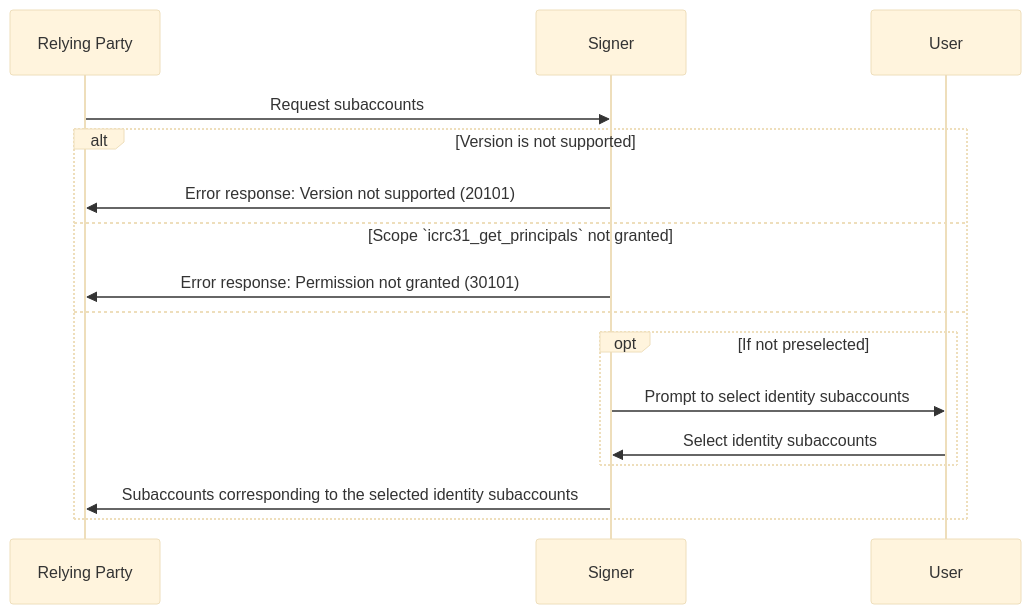
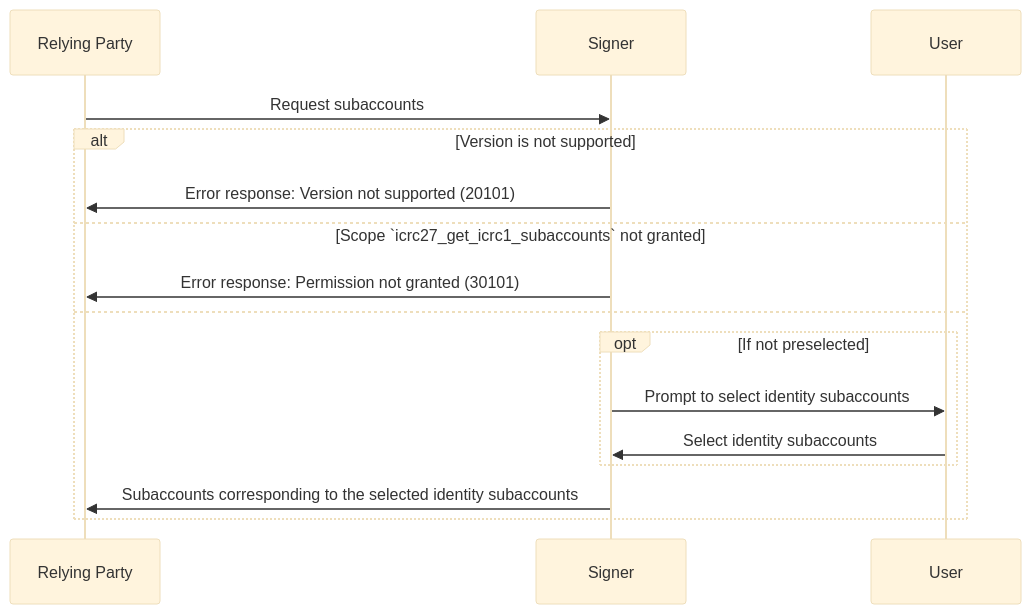
One commit to dfinity/wg-identity-authentication changed the diagram in topics/icrc_27_get_icrc_1_subaccounts.md. Above: the diagram before and after it, drawn with Mermaid (base theme). The commit also changed other lines of this file, not shown here.

````diff
--- a/topics/icrc_27_get_icrc_1_subaccounts.md
+++ b/topics/icrc_27_get_icrc_1_subaccounts.md
@@ -166,18 +165,18 @@
 ```mermaid
 sequenceDiagram
     participant RP as Relying Party
     participant S as Signer
     participant U as User
     RP ->> S: Request subaccounts
     alt Version is not supported
         S ->> RP: Error response: Version not supported (20101)
-    else Scope `icrc31_get_principals` not granted
+    else Scope `icrc27_get_icrc1_subaccounts` not granted
         S ->> RP: Error response: Permission not granted (30101)
     else
         opt If not preselected
             S ->> U: Prompt to select identity subaccounts
             U ->> S: Select identity subaccounts
         end
         S ->> RP: Subaccounts corresponding to the selected identity subaccounts
     end
 ```
````
